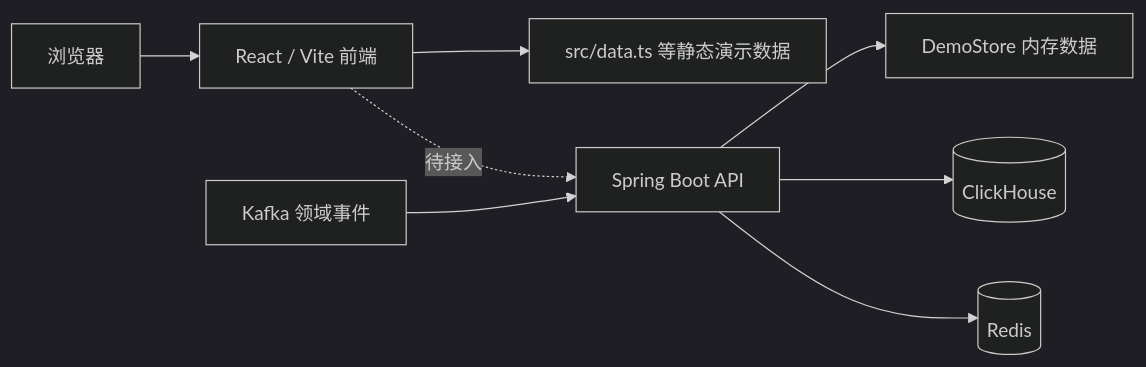
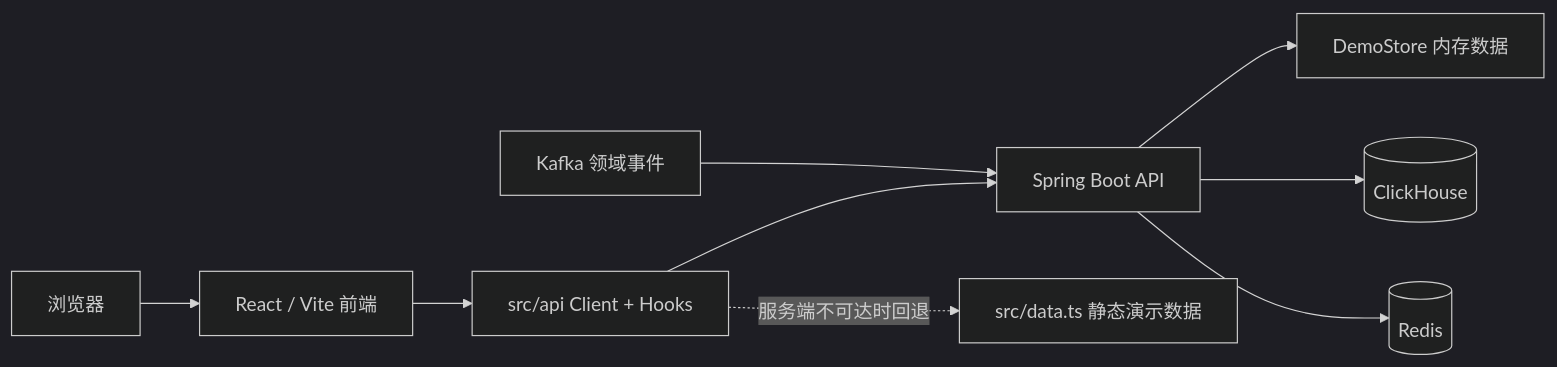
One commit to ivanmissu/monitor-order-monitoring-prototype changed the diagram in README.md. Above: the diagram before and after it, drawn with Mermaid (dark theme). The commit also changed other lines of this file and 7 other files, not shown here.

````diff
--- a/README.md
+++ b/README.md
@@ -45,10 +45,11 @@
 ```mermaid
 flowchart LR
     Browser[浏览器] --> UI[React / Vite 前端]
-    UI --> Mock[src/data.ts 等静态演示数据]
-    UI -. 待接入 .-> API[Spring Boot API]
+    UI --> Client[src/api Client + Hooks]
+    Client --> API[Spring Boot API]
+    Client -. 服务端不可达时回退 .-> Mock[src/data.ts 静态演示数据]
     API --> Demo[DemoStore 内存数据]
     API --> CH[(ClickHouse)]
     API --> Redis[(Redis)]
     Kafka[Kafka 领域事件] --> API
 ```
````
